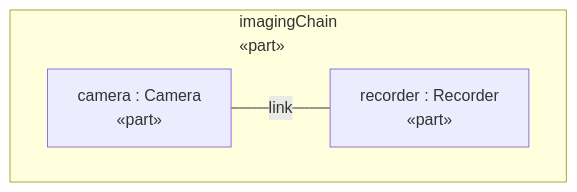
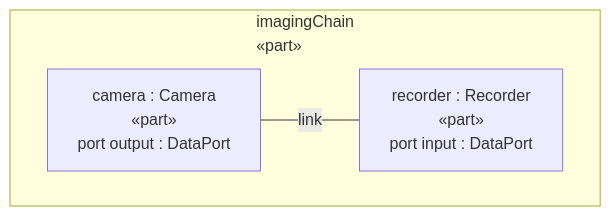
Before and after one commit to Open-MBEE/OpenSysML: the first of 2 diagrams in docs/manual/examples/observatory.md, drawn with Mermaid. The commit also changed 44 other files, not shown here.

````diff
--- a/docs/manual/examples/observatory.md
+++ b/docs/manual/examples/observatory.md
@@ -59,16 +59,16 @@
 ```mermaid
 ---
 config:
   flowchart:
     subGraphTitleMargin:
       bottom: 24
 ---
 %% Observatory::interconnectView — interconnection rendering (render asInterconnectionDiagram)
 flowchart LR
   subgraph n0 ["imagingChain<br>«part»"]
     direction LR
-    n1["camera : Camera<br>«part»"]
-    n2["recorder : Recorder<br>«part»"]
+    n1["camera : Camera<br>«part»<br>port output : DataPort"]
+    n2["recorder : Recorder<br>«part»<br>port input : DataPort"]
   end
   n1 ---|"link"| n2
 ```
````
